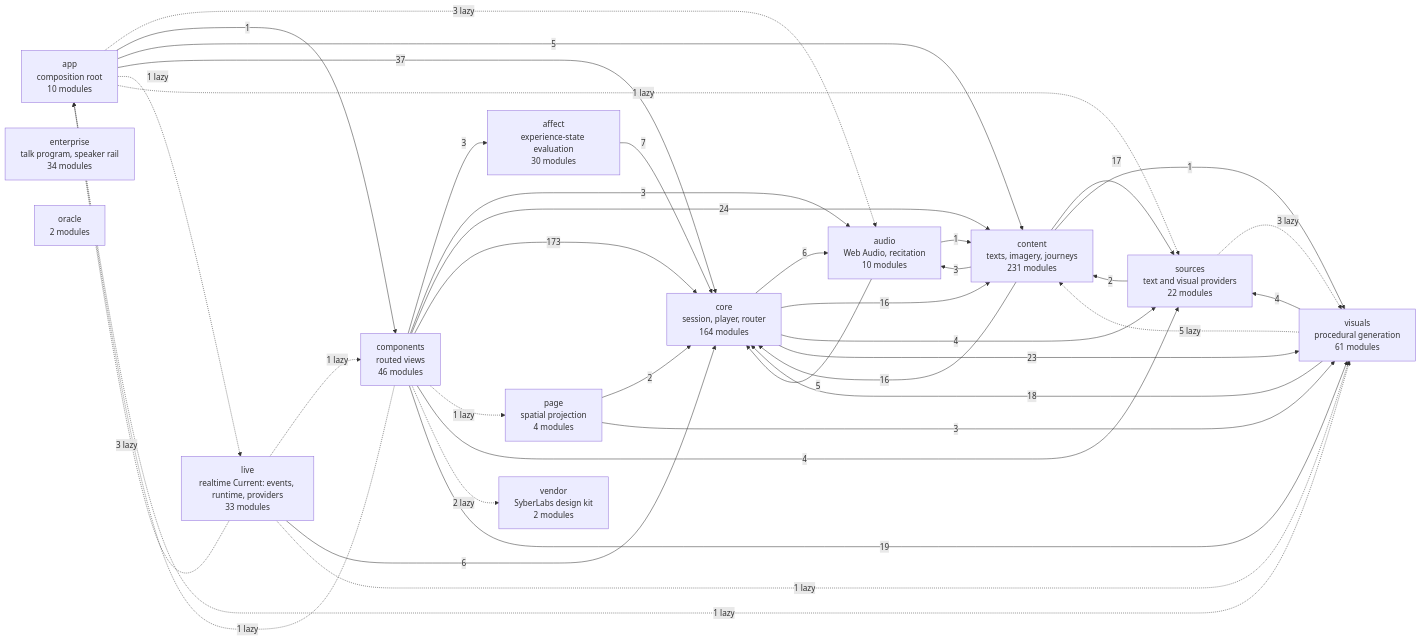
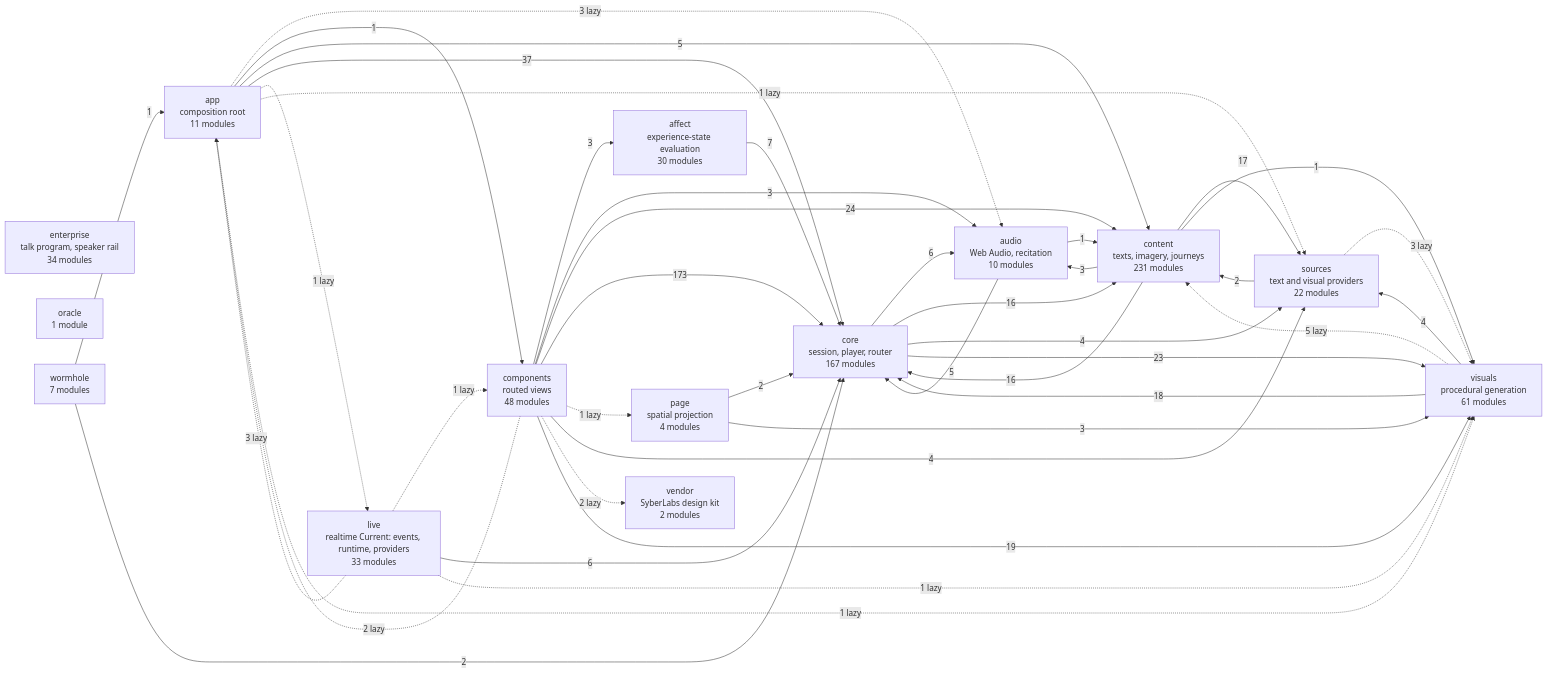
Before and after one commit to SyberLabs/RISE: the diagram in docs/specs/ARCHITECTURE.md, drawn with Mermaid. The commit also changed other lines of this file and 89 other files, not shown here.

First line of the commit message:
Home is the Oracle: one object, one key, and a wormhole beside it (#297)

````diff
--- a/docs/specs/ARCHITECTURE.md
+++ b/docs/specs/ARCHITECTURE.md
@@ -160,55 +160,58 @@
 ```mermaid
 flowchart LR
     affect["affect<br/>experience-state evaluation<br/>30 modules"]
-    app["app<br/>composition root<br/>10 modules"]
+    app["app<br/>composition root<br/>11 modules"]
     audio["audio<br/>Web Audio, recitation<br/>10 modules"]
-    components["components<br/>routed views<br/>46 modules"]
+    components["components<br/>routed views<br/>48 modules"]
     content["content<br/>texts, imagery, journeys<br/>231 modules"]
-    core["core<br/>session, player, router<br/>164 modules"]
+    core["core<br/>session, player, router<br/>167 modules"]
     enterprise["enterprise<br/>talk program, speaker rail<br/>34 modules"]
     live["live<br/>realtime Current: events, runtime, providers<br/>33 modules"]
-    oracle["oracle<br/>2 modules"]
+    oracle["oracle<br/>1 module"]
     page["page<br/>spatial projection<br/>4 modules"]
     sources["sources<br/>text and visual providers<br/>22 modules"]
     vendor["vendor<br/>SyberLabs design kit<br/>2 modules"]
     visuals["visuals<br/>procedural generation<br/>61 modules"]
+    wormhole["wormhole<br/>7 modules"]
 
     affect --> |7| core
     app -.-> |3 lazy| audio
     app --> |1| components
     app --> |5| content
     app --> |37| core
     app -.-> |1 lazy| live
     app -.-> |1 lazy| sources
     app -.-> |1 lazy| visuals
     audio --> |1| content
     audio --> |5| core
     components --> |3| affect
-    components -.-> |1 lazy| app
+    components -.-> |2 lazy| app
     components --> |3| audio
     components --> |24| content
     components --> |173| core
     components -.-> |1 lazy| page
     components --> |4| sources
     components -.-> |2 lazy| vendor
     components --> |19| visuals
     content --> |3| audio
     content --> |16| core
     content --> |17| sources
     content --> |1| visuals
     core --> |6| audio
     core --> |16| content
     core --> |4| sources
     core --> |23| visuals
     live -.-> |3 lazy| app
     live -.-> |1 lazy| components
     live --> |6| core
     live -.-> |1 lazy| visuals
     page --> |2| core
     page --> |3| visuals
     sources --> |2| content
     sources -.-> |3 lazy| visuals
     visuals -.-> |5 lazy| content
     visuals --> |18| core
     visuals --> |4| sources
+    wormhole --> |1| app
+    wormhole --> |2| core
 ```
````
